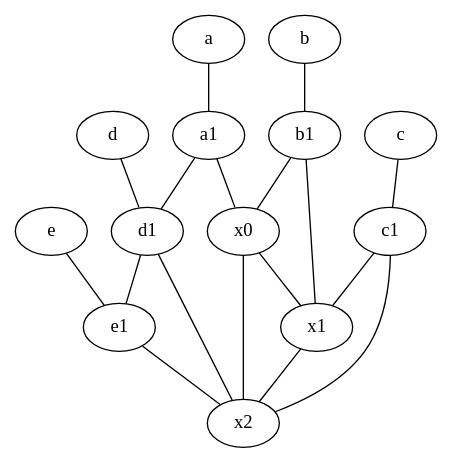
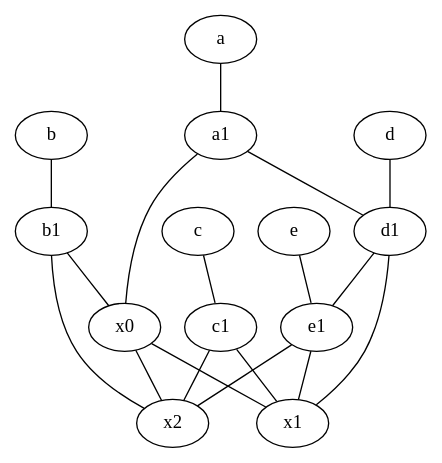
The diagram in results_best/surfnet20/inf.dot (anisabnis/graph_inference), drawn with Graphviz before and after one commit. The commit also changed 3498 other files, not shown here.

```diff
--- a/results_best/surfnet20/inf.dot
+++ b/results_best/surfnet20/inf.dot
@@ -1,33 +1,33 @@
 graph {
 	node [labelfontsize=50]
-	c1 [labelfontsize=50 pos="4.5,3!"]
-	x1 [labelfontsize=50]
+	a1 [labelfontsize=50 pos="8,3!"]
+	b1 [labelfontsize=50 pos="9,4!"]
+	x2 [labelfontsize=50]
+	e [labelfontsize=50 pos="7,9!"]
+	x0 [labelfontsize=50]
 	d1 [labelfontsize=50 pos="3,5!"]
-	a1 [labelfontsize=50 pos="8,3!"]
-	b [labelfontsize=50 pos="10,4!"]
-	x2 [labelfontsize=50]
-	x0 [labelfontsize=50]
-	b1 [labelfontsize=50 pos="9,4!"]
 	e1 [labelfontsize=50 pos="7,7!"]
 	a [labelfontsize=50 pos="8,2!"]
-	e [labelfontsize=50 pos="7,9!"]
+	b [labelfontsize=50 pos="10,4!"]
 	c [labelfontsize=50 pos="4.5,2!"]
+	x1 [labelfontsize=50]
+	c1 [labelfontsize=50 pos="4.5,3!"]
 	d [labelfontsize=50 pos="2,5!"]
-	c1 -- x1
-	d1 -- x2
-	e -- e1
+	a1 -- x0
+	x0 -- x2
+	x0 -- x1
+	b1 -- x2
+	a -- a1
+	a1 -- d1
+	d -- d1
 	b -- b1
 	c -- c1
-	a1 -- x0
+	e -- e1
+	c1 -- x1
+	d1 -- x1
 	d1 -- e1
+	e1 -- x1
 	b1 -- x0
-	b1 -- x1
-	x0 -- x2
-	x1 -- x2
+	c1 -- x2
 	e1 -- x2
-	x0 -- x1
-	c1 -- x2
-	a -- a1
-	d -- d1
-	a1 -- d1
 }
```
